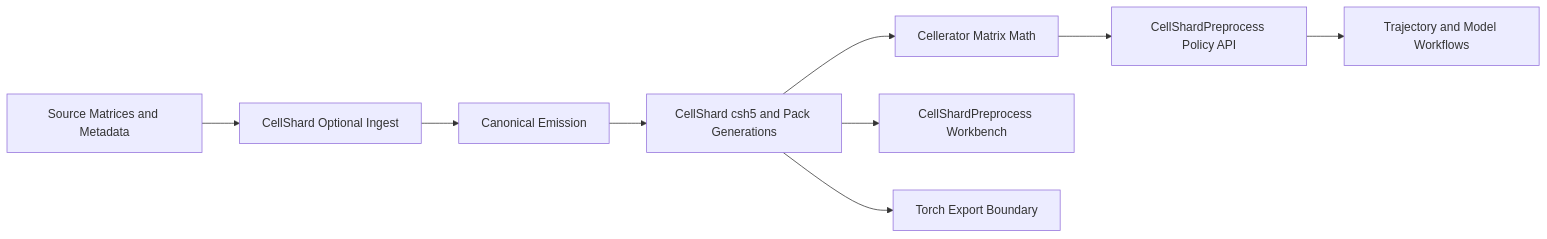
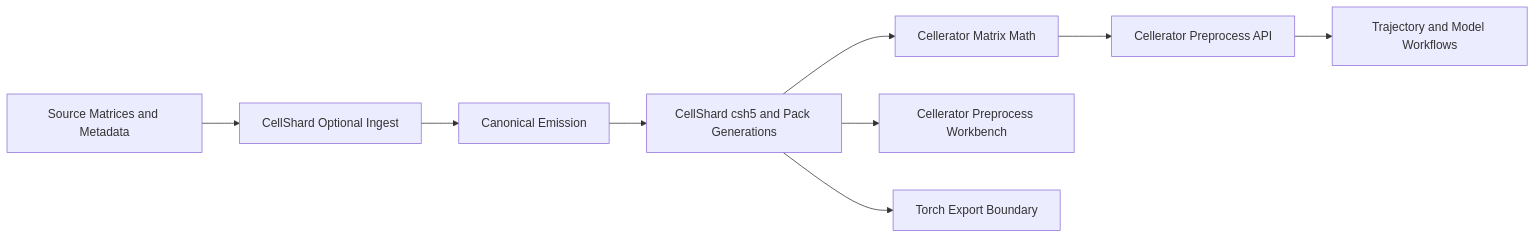
One commit to tumlinso/Cellerator changed the diagram in docs/index.qmd. Above: the diagram before and after it, drawn with Mermaid. The commit also changed other lines of this file and 83 other files, not shown here.

Commit message:
add preprocessing runtime and sequence bits

````diff
--- a/docs/index.qmd
+++ b/docs/index.qmd
@@ -22,11 +22,11 @@
 ```{mermaid}
 flowchart LR
     A[Source Matrices and Metadata] --> B[CellShard Optional Ingest]
     B --> C[Canonical Emission]
     C --> D[CellShard csh5 and Pack Generations]
     D --> E[Cellerator Matrix Math]
-    E --> I[CellShardPreprocess Policy API]
+    E --> I[Cellerator Preprocess API]
     I --> F[Trajectory and Model Workflows]
-    D --> G[CellShardPreprocess Workbench]
+    D --> G[Cellerator Preprocess Workbench]
     D --> H[Torch Export Boundary]
 ```
````
